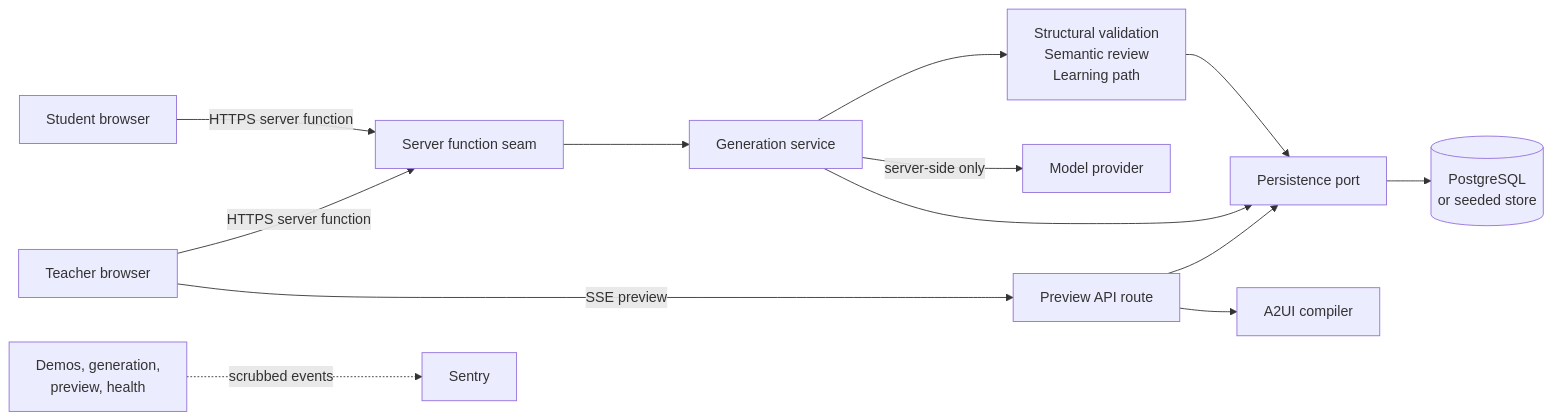
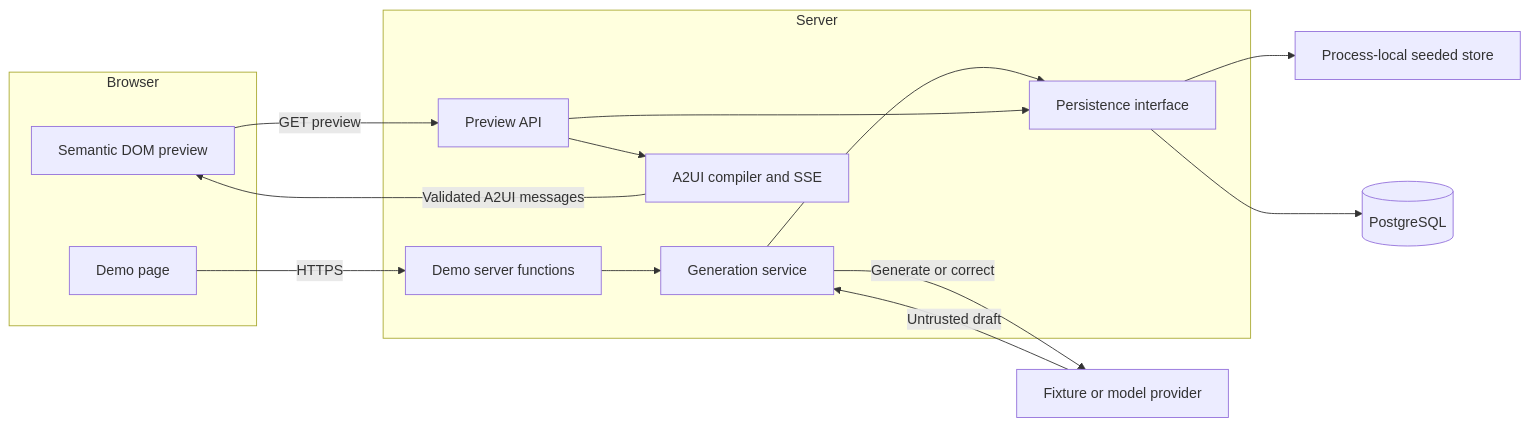
The first of 2 diagrams in ARCHITECTURE.md (abodacs/edu-canvas), drawn with Mermaid before and after one commit. The commit also changed other lines of this file and 1 other file, not shown here.

First line of the commit message:
docs: restructure ARCHITECTURE.md as ownership-first reference

````diff
--- a/ARCHITECTURE.md
+++ b/ARCHITECTURE.md
@@ -42,15 +21,25 @@
 ```mermaid
 flowchart LR
-    TB[Teacher browser] -->|HTTPS server function| SF[Server function seam]
-    TB -->|SSE preview| API[Preview API route]
-    SB[Student browser] -->|HTTPS server function| SF
-    SF --> GS[Generation service]
-    GS --> PIPE[Structural validation<br/>Semantic review<br/>Learning path]
-    GS -->|server-side only| MODEL[Model provider]
-    PIPE --> PS[Persistence port]
-    GS --> PS
-    API --> PS
-    API --> AC[A2UI compiler]
-    PS --> DB[(PostgreSQL<br/>or seeded store)]
-    SRV[Demos, generation,<br/>preview, health] -.->|scrubbed events| SENTRY[Sentry]
+    subgraph Browser
+        Page[Demo page]
+        Preview[Semantic DOM preview]
+    end
+    subgraph Server
+        Functions[Demo server functions]
+        Generation[Generation service]
+        PreviewAPI[Preview API]
+        Compiler[A2UI compiler and SSE]
+        Persistence[Persistence interface]
+    end
+    Page -->|HTTPS| Functions
+    Functions --> Generation
+    Generation -->|Generate or correct| Provider[Fixture or model provider]
+    Provider -->|Untrusted draft| Generation
+    Generation --> Persistence
+    Preview -->|GET preview| PreviewAPI
+    PreviewAPI --> Persistence
+    PreviewAPI --> Compiler
+    Compiler -->|Validated A2UI messages| Preview
+    Persistence --> Seeded[Process-local seeded store]
+    Persistence --> Database[(PostgreSQL)]
 ```
````
